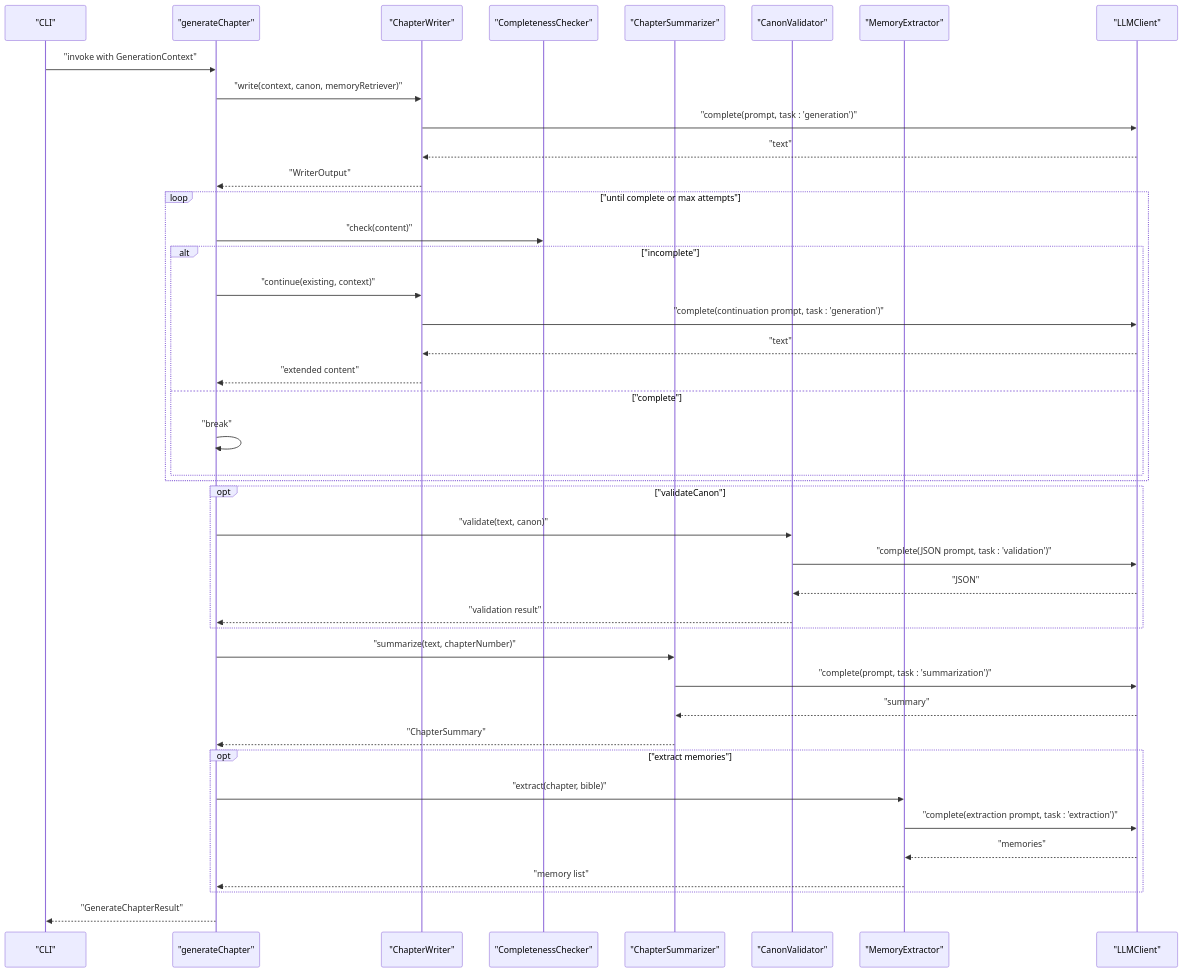
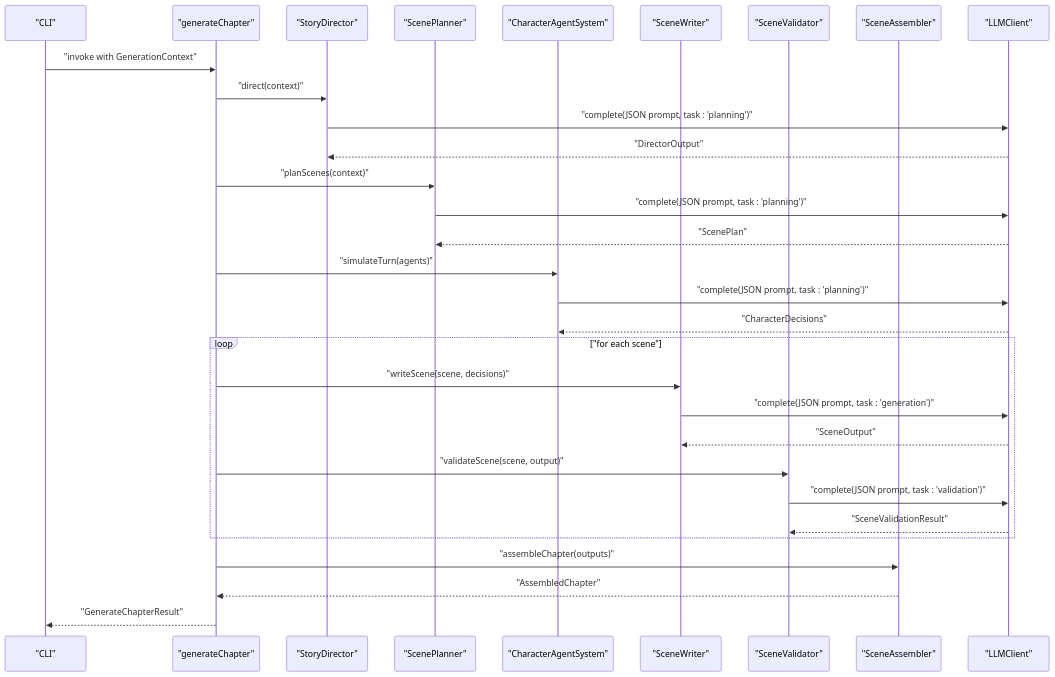
Before and after one commit to liwonder/NARRITIVE_OS: the eighth of 11 diagrams in .qoder/repowiki/en/content/Engine Architecture/Engine Architecture.md, drawn with Mermaid. The commit also changed other lines of this file and 12 other files, not shown here.

````diff
--- a/.qoder/repowiki/en/content/Engine Architecture/Engine Architecture.md
+++ b/.qoder/repowiki/en/content/Engine Architecture/Engine Architecture.md
@@ -849,44 +607,33 @@
 ```mermaid
 sequenceDiagram
 participant CLI as "CLI"
 participant Pipe as "generateChapter"
-participant Writer as "ChapterWriter"
-participant Checker as "CompletenessChecker"
-participant Sum as "ChapterSummarizer"
-participant Valid as "CanonValidator"
-participant MemExt as "MemoryExtractor"
+participant Director as "StoryDirector"
+participant Planner as "ScenePlanner"
+participant Agents as "CharacterAgentSystem"
+participant Writer as "SceneWriter"
+participant Validator as "SceneValidator"
+participant Assembler as "SceneAssembler"
 participant LLM as "LLMClient"
 CLI->>Pipe : "invoke with GenerationContext"
-Pipe->>Writer : "write(context, canon, memoryRetriever)"
-Writer->>LLM : "complete(prompt, task : 'generation')"
-LLM-->>Writer : "text"
-Writer-->>Pipe : "WriterOutput"
-loop "until complete or max attempts"
-Pipe->>Checker : "check(content)"
-alt "incomplete"
-Pipe->>Writer : "continue(existing, context)"
-Writer->>LLM : "complete(continuation prompt, task : 'generation')"
-LLM-->>Writer : "text"
-Writer-->>Pipe : "extended content"
-else "complete"
-Pipe->>Pipe : "break"
+Pipe->>Director : "direct(context)"
+Director->>LLM : "complete(JSON prompt, task : 'planning')"
+LLM-->>Director : "DirectorOutput"
+Pipe->>Planner : "planScenes(context)"
+Planner->>LLM : "complete(JSON prompt, task : 'planning')"
+LLM-->>Planner : "ScenePlan"
+Pipe->>Agents : "simulateTurn(agents)"
+Agents->>LLM : "complete(JSON prompt, task : 'planning')"
+LLM-->>Agents : "CharacterDecisions"
+loop "for each scene"
+Pipe->>Writer : "writeScene(scene, decisions)"
+Writer->>LLM : "complete(JSON prompt, task : 'generation')"
+LLM-->>Writer : "SceneOutput"
+Pipe->>Validator : "validateScene(scene, output)"
+Validator->>LLM : "complete(JSON prompt, task : 'validation')"
+LLM-->>Validator : "SceneValidationResult"
 end
-end
-opt "validateCanon"
-Pipe->>Valid : "validate(text, canon)"
-Valid->>LLM : "complete(JSON prompt, task : 'validation')"
-LLM-->>Valid : "JSON"
-Valid-->>Pipe : "validation result"
-end
-Pipe->>Sum : "summarize(text, chapterNumber)"
-Sum->>LLM : "complete(prompt, task : 'summarization')"
-LLM-->>Sum : "summary"
-Sum-->>Pipe : "ChapterSummary"
-opt "extract memories"
-Pipe->>MemExt : "extract(chapter, bible)"
-MemExt->>LLM : "complete(extraction prompt, task : 'extraction')"
-LLM-->>MemExt : "memories"
-MemExt-->>Pipe : "memory list"
-end
+Pipe->>Assembler : "assembleChapter(outputs)"
+Assembler-->>Pipe : "AssembledChapter"
 Pipe-->>CLI : "GenerateChapterResult"
 ```
````
